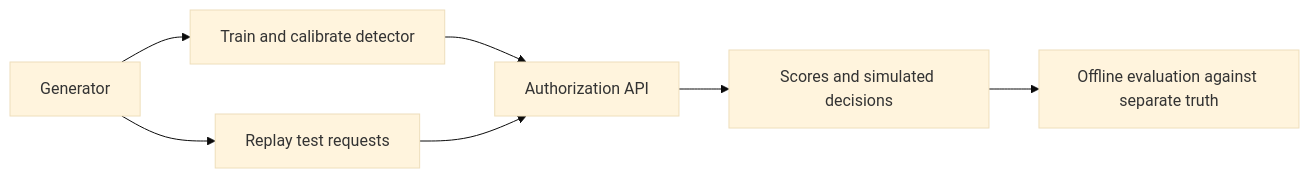
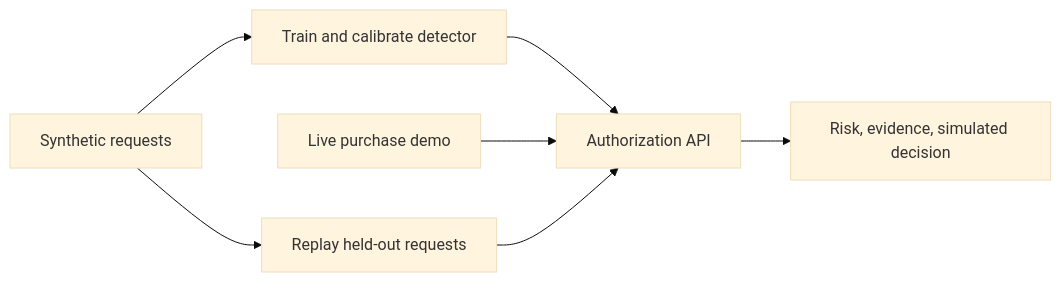
The diagram in README.md (Treh06/UNO-Datathon-Team), drawn with Mermaid (base theme) before and after one commit. The commit also changed other lines of this file and 48 other files, not shown here.

First line of the commit message:
Refactor live demo code for improved readability and type hinting

````diff
--- a/README.md
+++ b/README.md
@@ -5,9 +7,9 @@
 ```mermaid
 flowchart LR
-    G[Generator] --> D[Train and calibrate detector]
-    G --> R[Replay test requests]
-    D --> A[Authorization API]
+    G[Synthetic requests] --> T[Train and calibrate detector]
+    G --> R[Replay held-out requests]
+    T --> A[Authorization API]
+    L[Live purchase demo] --> A
     R --> A
-    A --> S[Scores and simulated decisions]
-    S --> E[Offline evaluation against separate truth]
+    A --> D[Risk, evidence, simulated decision]
 ```
````
